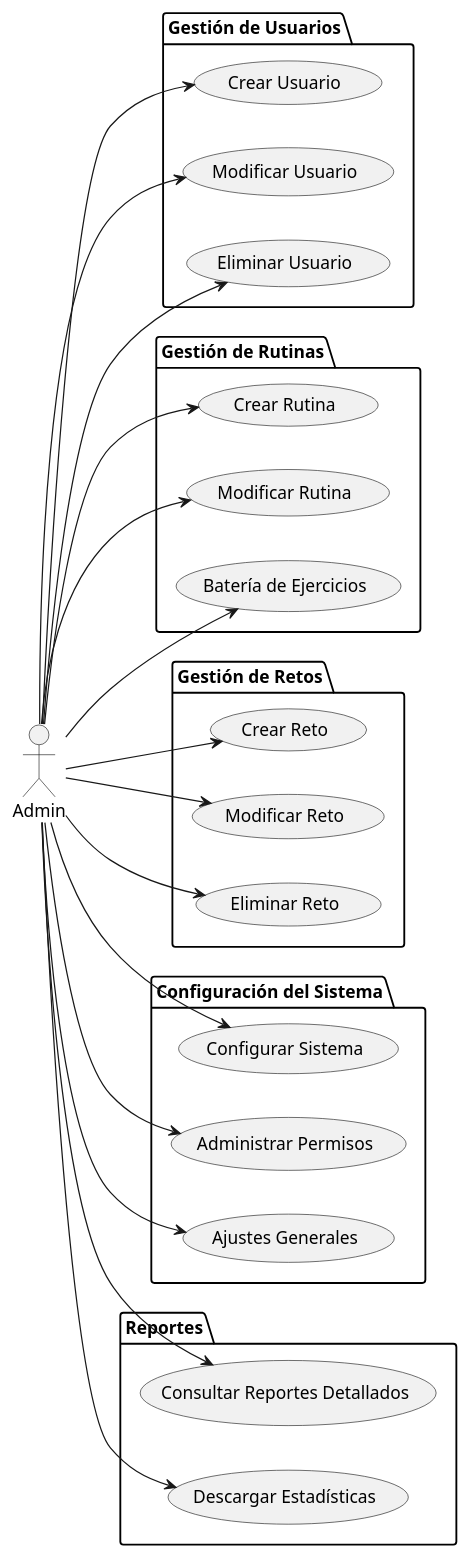
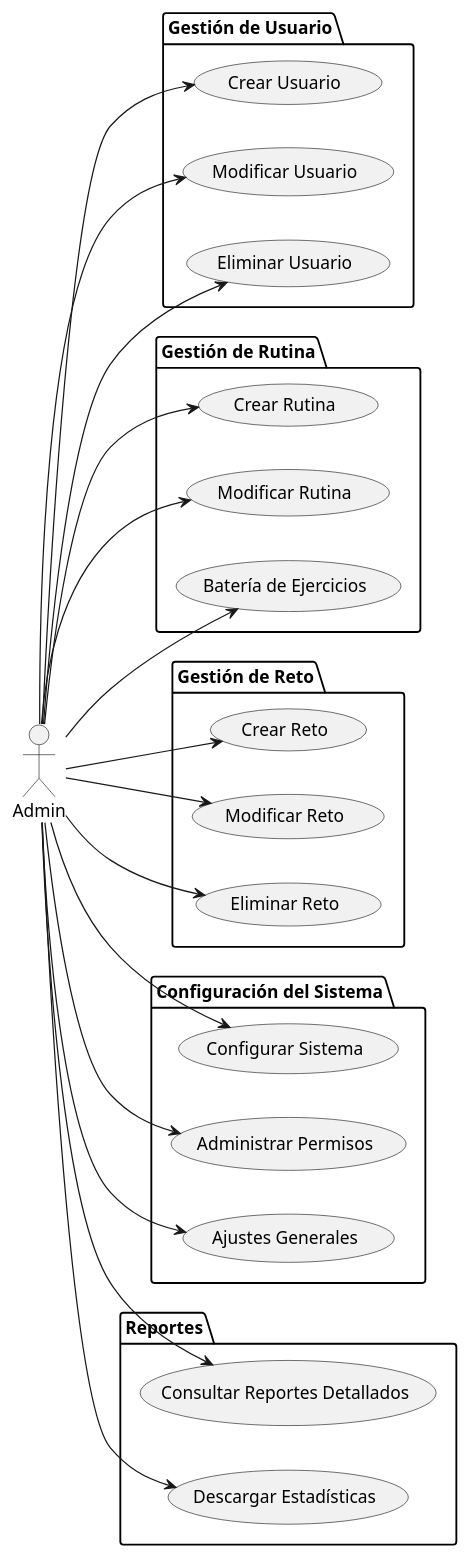
The diagram in Documentos/CasosUso/CdU_Admin.puml (mmasias/24-25-IdSw1-SDR), drawn with PlantUML before and after one commit.

```diff
--- a/Documentos/CasosUso/CdU_Admin.puml
+++ b/Documentos/CasosUso/CdU_Admin.puml
@@ -1,54 +1,54 @@
 @startuml
 left to right direction
 
 actor Admin
 
-package "Gestión de Usuarios" {
+package "Gestión de Usuario" {
     usecase "Crear Usuario" as CrearUsuario
     usecase "Modificar Usuario" as ModificarUsuario
     usecase "Eliminar Usuario" as EliminarUsuario
 }
 
-package "Gestión de Rutinas" {
+package "Gestión de Rutina" {
     usecase "Crear Rutina" as CrearRutina
     usecase "Modificar Rutina" as ModificarRutina
     usecase "Batería de Ejercicios" as BateriaEjercicios
 }
 
-package "Gestión de Retos" {
+package "Gestión de Reto" {
     usecase "Crear Reto" as CrearReto
     usecase "Modificar Reto" as ModificarReto
     usecase "Eliminar Reto" as EliminarReto
 }
 
 package "Configuración del Sistema" {
     usecase "Configurar Sistema" as ConfigurarSistema
     usecase "Administrar Permisos" as AdministrarPermisos
     usecase "Ajustes Generales" as AjustesGenerales
 }
 
 package "Reportes" {
     usecase "Consultar Reportes Detallados" as ConsultarReportes
     usecase "Descargar Estadísticas" as DescargarEstadisticas
 }
 
 Admin --> CrearUsuario
 Admin --> ModificarUsuario
 Admin --> EliminarUsuario
 
 Admin --> CrearRutina
 Admin --> ModificarRutina
 Admin --> BateriaEjercicios
 
 Admin --> CrearReto
 Admin --> ModificarReto
 Admin --> EliminarReto
 
 Admin --> ConfigurarSistema
 Admin --> AdministrarPermisos
 Admin --> AjustesGenerales
 
 Admin --> ConsultarReportes
 Admin --> DescargarEstadisticas
 
 @enduml
```
